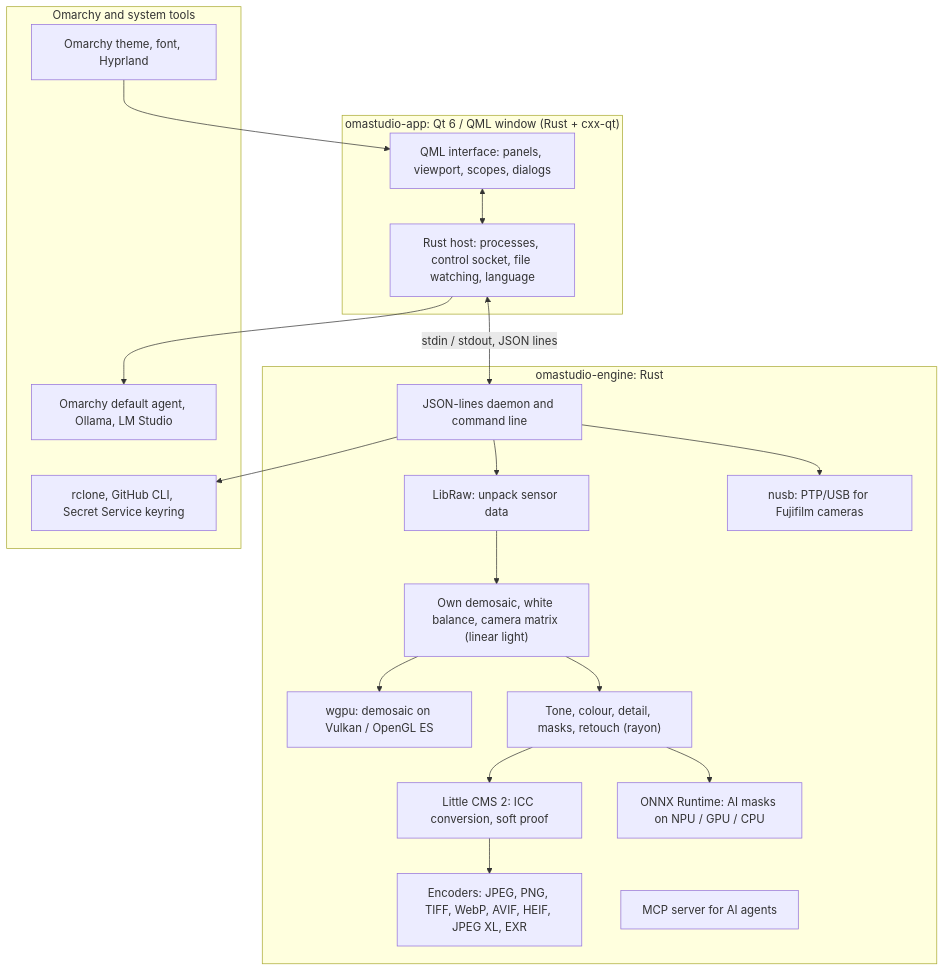
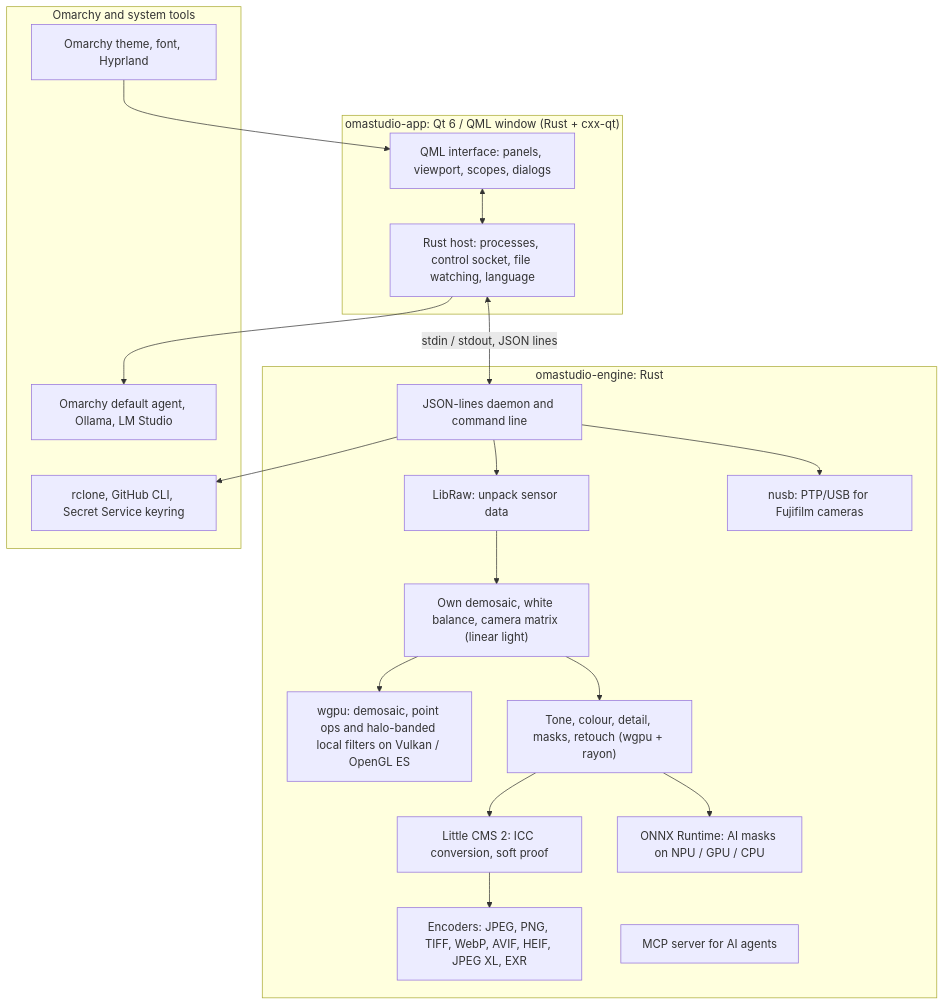
One commit to ozdil/omarchy-omastudio changed the diagram in docs/technology/en.md. Above: the diagram before and after it, drawn with Mermaid. The commit also changed other lines of this file and 43 other files, not shown here.

````diff
--- a/docs/technology/en.md
+++ b/docs/technology/en.md
@@ -11,36 +11,36 @@
 ```mermaid
 graph TD
     subgraph App ["omastudio-app: Qt 6 / QML window (Rust + cxx-qt)"]
         QML["QML interface: panels, viewport, scopes, dialogs"]
         Host["Rust host: processes, control socket, file watching, language"]
     end
 
     subgraph Engine ["omastudio-engine: Rust"]
         Daemon["JSON-lines daemon and command line"]
         Decode["LibRaw: unpack sensor data"]
         Develop["Own demosaic, white balance, camera matrix (linear light)"]
-        GPU["wgpu: demosaic on Vulkan / OpenGL ES"]
-        Pipeline["Tone, colour, detail, masks, retouch (rayon)"]
+        GPU["wgpu: demosaic, point ops and halo-banded local filters on Vulkan / OpenGL ES"]
+        Pipeline["Tone, colour, detail, masks, retouch (wgpu + rayon)"]
         CMS["Little CMS 2: ICC conversion, soft proof"]
         Encode["Encoders: JPEG, PNG, TIFF, WebP, AVIF, HEIF, JPEG XL, EXR"]
         ML["ONNX Runtime: AI masks on NPU / GPU / CPU"]
         PTP["nusb: PTP/USB for Fujifilm cameras"]
         MCP["MCP server for AI agents"]
     end
 
     subgraph System ["Omarchy and system tools"]
         Theme["Omarchy theme, font, Hyprland"]
         Agent["Omarchy default agent, Ollama, LM Studio"]
         Cloud["rclone, GitHub CLI, Secret Service keyring"]
     end
 
     QML <--> Host
     Host <-->|"stdin / stdout, JSON lines"| Daemon
     Daemon --> Decode --> Develop --> Pipeline --> CMS --> Encode
     Develop --> GPU
     Pipeline --> ML
     Daemon --> PTP
     Theme --> QML
     Host --> Agent
     Daemon --> Cloud
 ```
````
